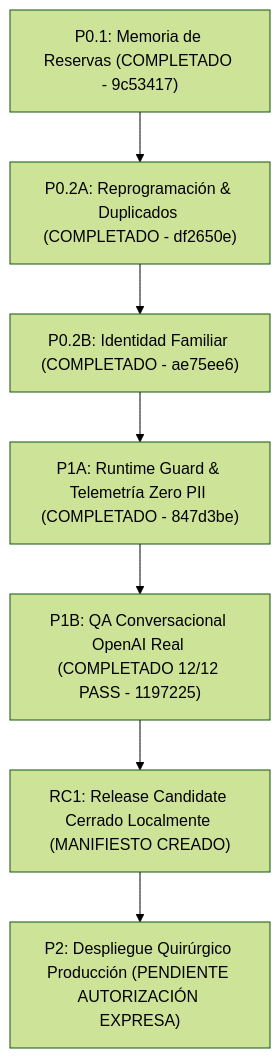
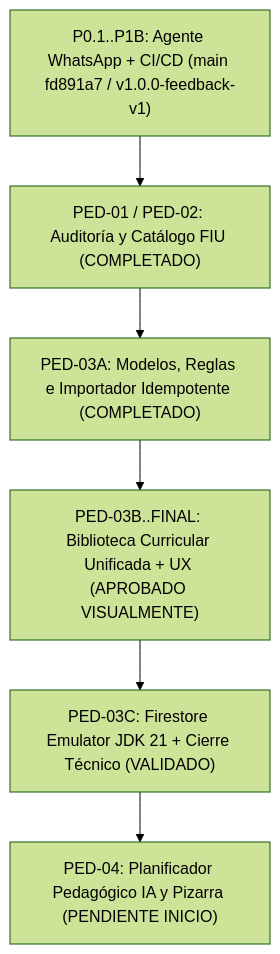
Before and after one commit to jumpercusco-ux/ginga-app: the third of 3 diagrams in CURRENT-STATE.md, drawn with Mermaid (forest theme). The commit also changed other lines of this file and 28 other files, not shown here.

Commit message:
feat(biblioteca): implementar biblioteca curricular oficial FIU y validar importador/reglas en Firestore Emulator

````diff
--- a/CURRENT-STATE.md
+++ b/CURRENT-STATE.md
@@ -451,9 +451,8 @@
 ```mermaid
 flowchart TD
-    P01["P0.1: Memoria de Reservas (COMPLETADO - 9c53417)"] --> P02A["P0.2A: Reprogramación & Duplicados (COMPLETADO - df2650e)"]
-    P02A --> P02B["P0.2B: Identidad Familiar (COMPLETADO - ae75ee6)"]
-    P02B --> P1A["P1A: Runtime Guard & Telemetría Zero PII (COMPLETADO - 847d3be)"]
-    P1A --> P1B["P1B: QA Conversacional OpenAI Real (COMPLETADO 12/12 PASS - 1197225)"]
-    P1B --> RC["RC1: Release Candidate Cerrado Localmente (MANIFIESTO CREADO)"]
-    RC --> PROD["P2: Despliegue Quirúrgico Producción (PENDIENTE AUTORIZACIÓN EXPRESA)"]
+    P01["P0.1..P1B: Agente WhatsApp + CI/CD (main fd891a7 / v1.0.0-feedback-v1)"] --> PED01["PED-01 / PED-02: Auditoría y Catálogo FIU (COMPLETADO)"]
+    PED01 --> PED03A["PED-03A: Modelos, Reglas e Importador Idempotente (COMPLETADO)"]
+    PED03A --> PED03B["PED-03B..FINAL: Biblioteca Curricular Unificada + UX (APROBADO VISUALMENTE)"]
+    PED03B --> PED03C["PED-03C: Firestore Emulator JDK 21 + Cierre Técnico (VALIDADO)"]
+    PED03C --> PED04["PED-04: Planificador Pedagógico IA y Pizarra (PENDIENTE INICIO)"]
 ```
````
